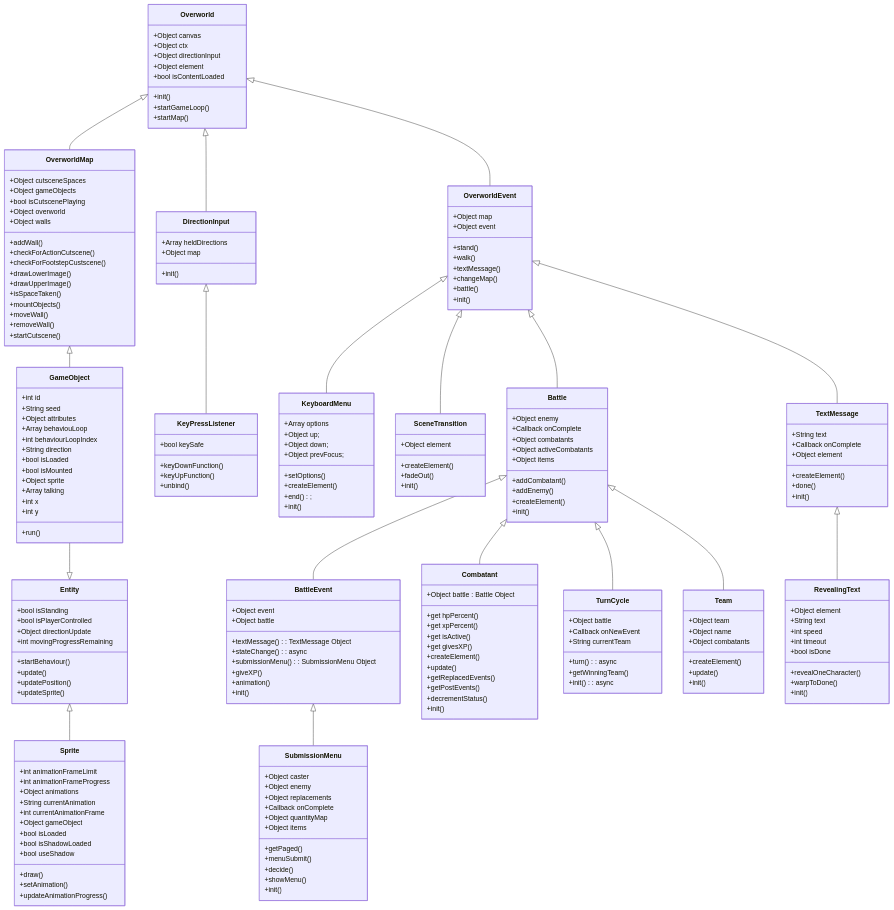
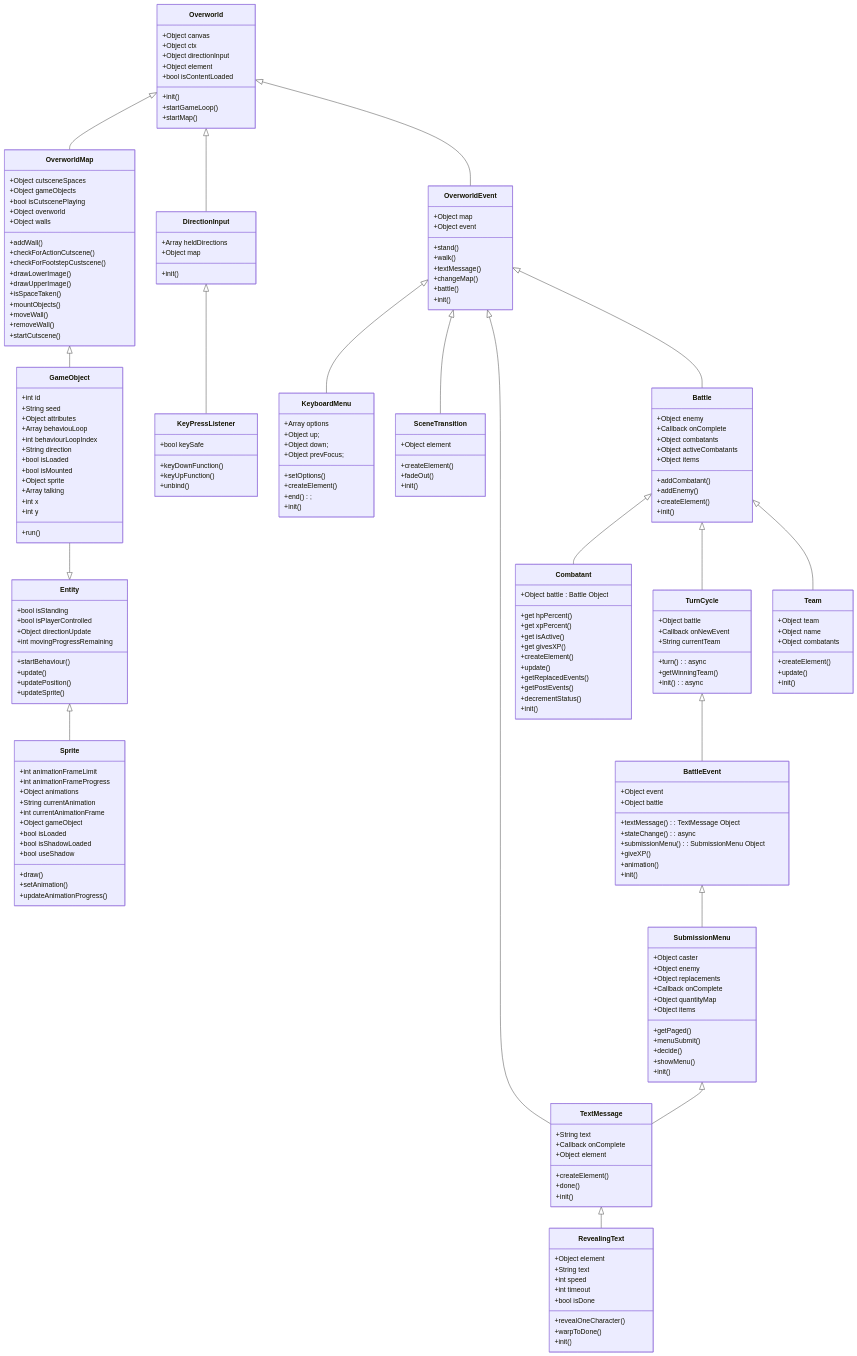
Before and after one commit to ITsPorky/land-of-zenethians-2d-rpg: the first of 3 diagrams in README.md, drawn with Mermaid. The commit also changed other lines of this file, not shown here.

Commit message:
Updated UML Graphs

```diff
--- a/README.md
+++ b/README.md
@@ -38,11 +38,12 @@
       OverworldEvent <|-- SceneTransition
       OverworldEvent <|-- TextMessage
       OverworldEvent <|-- Battle
-      Battle <|-- BattleEvent
       Battle <|-- Combatant
       Battle <|-- TurnCycle
       Battle <|-- Team
+      TurnCycle <|-- BattleEvent
       BattleEvent <|-- SubmissionMenu
+      SubmissionMenu <|-- TextMessage
       TextMessage <|-- RevealingText
       Overworld : +Object canvas
       Overworld : +Object ctx
```
